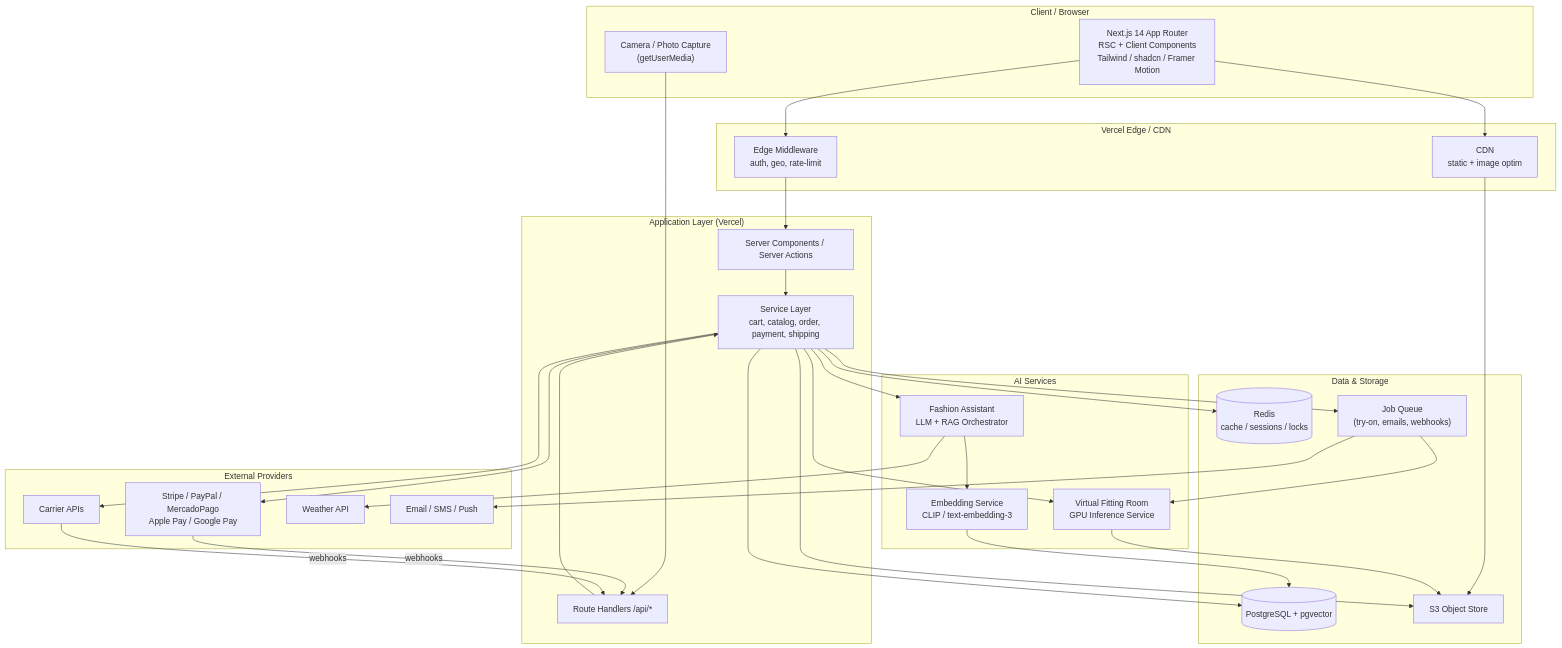
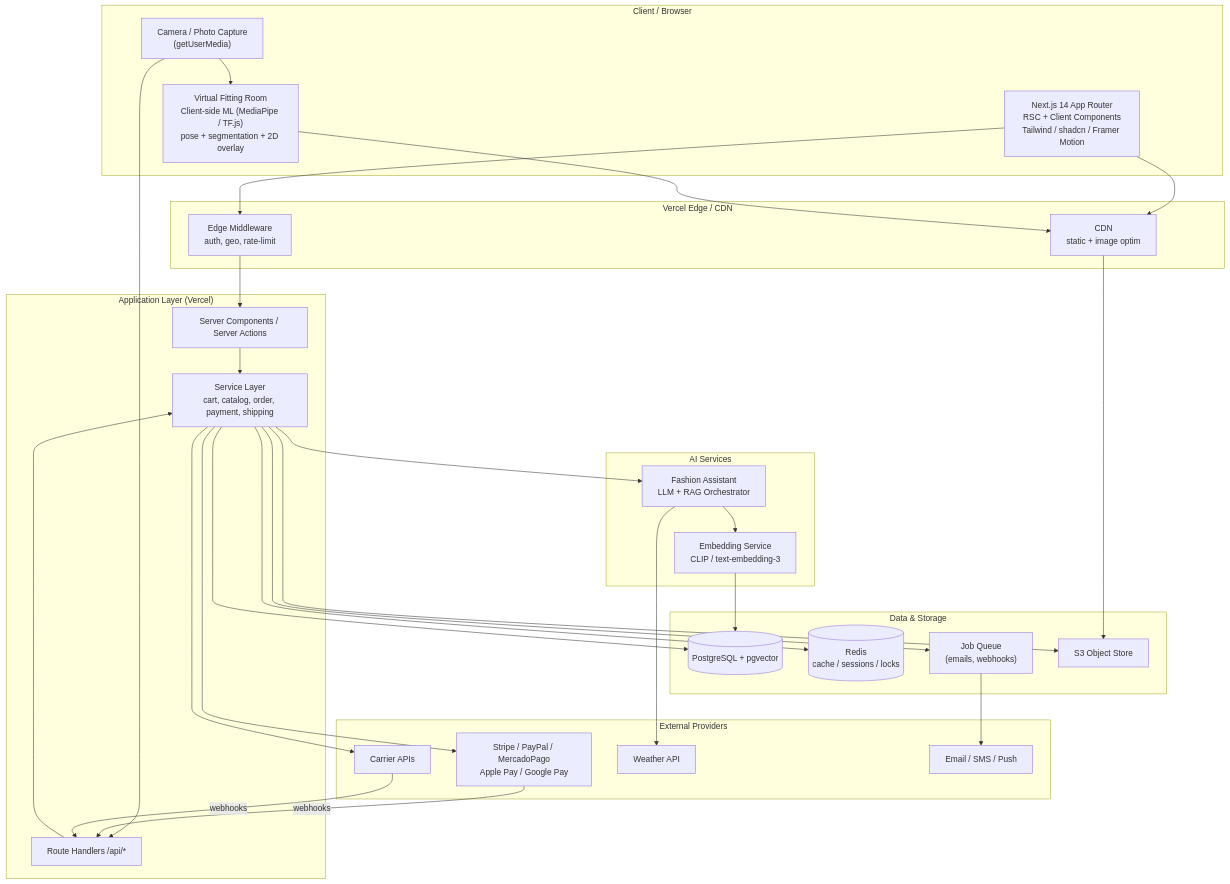
The first of 8 diagrams in .kiro/specs/luxury-womens-boutique/design.md (Sory777/aurelle-boutique), drawn with Mermaid before and after one commit. The commit also changed other lines of this file and 15 other files, not shown here.

Commit message:
Add free client-side virtual fitting room (size recommender + try-on studio)

````diff
--- a/.kiro/specs/luxury-womens-boutique/design.md
+++ b/.kiro/specs/luxury-womens-boutique/design.md
@@ -50,59 +50,58 @@
 ```mermaid
 graph TD
     subgraph Client["Client / Browser"]
         UI["Next.js 14 App Router<br/>RSC + Client Components<br/>Tailwind / shadcn / Framer Motion"]
         SW["Camera / Photo Capture<br/>(getUserMedia)"]
+        TRYON["Virtual Fitting Room<br/>Client-side ML (MediaPipe / TF.js)<br/>pose + segmentation + 2D overlay"]
     end
 
     subgraph Edge["Vercel Edge / CDN"]
         EDGE["Edge Middleware<br/>auth, geo, rate-limit"]
         CDN["CDN<br/>static + image optim"]
     end
 
     subgraph App["Application Layer (Vercel)"]
         RSC["Server Components / Server Actions"]
         API["Route Handlers /api/*"]
         BFF["Service Layer<br/>cart, catalog, order, payment, shipping"]
     end
 
     subgraph AI["AI Services"]
-        TRYON["Virtual Fitting Room<br/>GPU Inference Service"]
         ASSIST["Fashion Assistant<br/>LLM + RAG Orchestrator"]
         EMB["Embedding Service<br/>CLIP / text-embedding-3"]
     end
 
     subgraph Data["Data & Storage"]
         PG[("PostgreSQL + pgvector")]
         REDIS[("Redis<br/>cache / sessions / locks")]
-        QUEUE["Job Queue<br/>(try-on, emails, webhooks)"]
+        QUEUE["Job Queue<br/>(emails, webhooks)"]
         S3["S3 Object Store"]
     end
 
     subgraph External["External Providers"]
         PAY["Stripe / PayPal / MercadoPago<br/>Apple Pay / Google Pay"]
         SHIP["Carrier APIs"]
         WEATHER["Weather API"]
         MAIL["Email / SMS / Push"]
     end
 
     UI --> EDGE --> RSC
     UI --> CDN --> S3
     SW --> API
+    SW --> TRYON
+    TRYON --> CDN
     RSC --> BFF
     API --> BFF
     BFF --> PG
     BFF --> REDIS
     BFF --> QUEUE
     BFF --> S3
     BFF --> ASSIST
-    BFF --> TRYON
     ASSIST --> EMB --> PG
     ASSIST --> WEATHER
-    TRYON --> S3
-    QUEUE --> TRYON
     QUEUE --> MAIL
     BFF --> PAY
     PAY -- webhooks --> API
     BFF --> SHIP
     SHIP -- webhooks --> API
 ```
````
